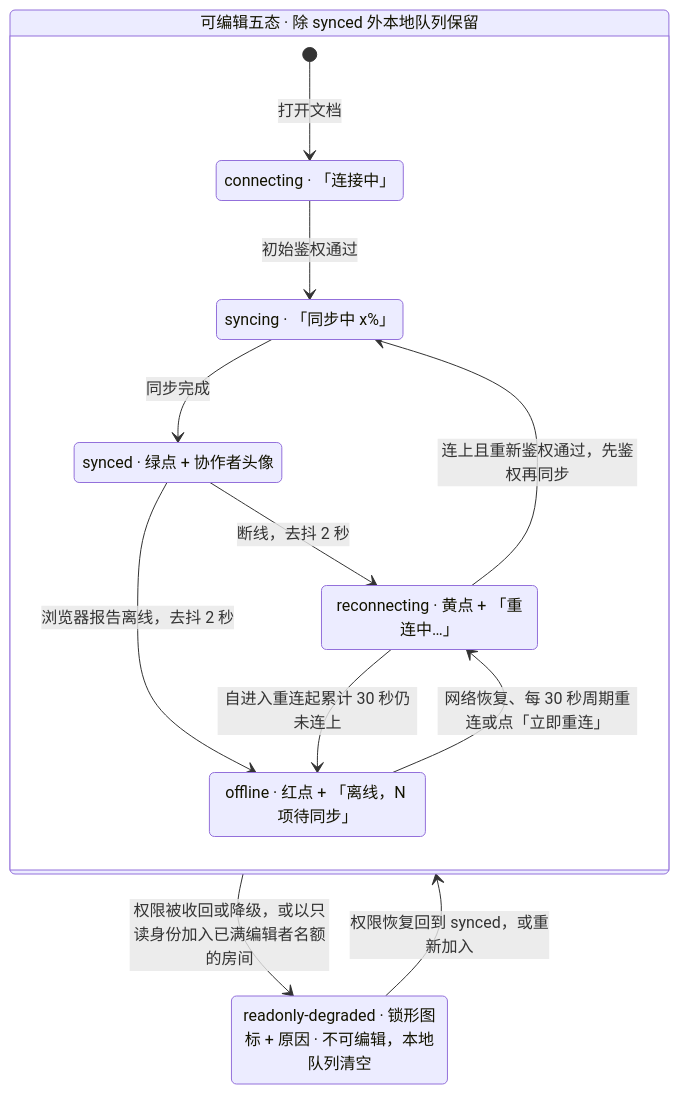
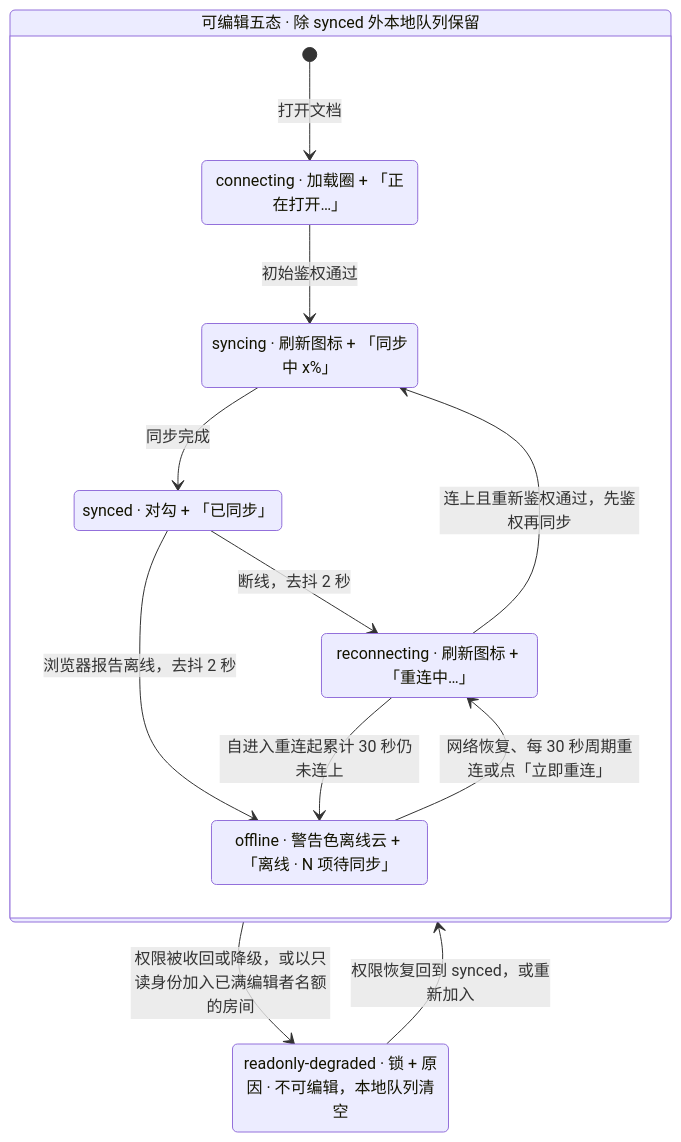
Before and after one commit to Xeonice/cordis-ppt-editor: the fifth of 6 diagrams in docs/20-design/05-collaboration-ux.md, drawn with Mermaid. The commit also changed other lines of this file and 44 other files, not shown here.

````diff
--- a/docs/20-design/05-collaboration-ux.md
+++ b/docs/20-design/05-collaboration-ux.md
@@ -198,21 +205,21 @@
 ```mermaid
 stateDiagram-v2
   state "可编辑五态 · 除 synced 外本地队列保留" as live {
-    state "connecting · 「连接中」" as connecting
-    state "syncing · 「同步中 x%」" as syncing
-    state "synced · 绿点 + 协作者头像" as synced
-    state "reconnecting · 黄点 + 「重连中…」" as reconnecting
-    state "offline · 红点 + 「离线，N 项待同步」" as offline
+    state "connecting · 加载圈 + 「正在打开…」" as connecting
+    state "syncing · 刷新图标 + 「同步中 x%」" as syncing
+    state "synced · 对勾 + 「已同步」" as synced
+    state "reconnecting · 刷新图标 + 「重连中…」" as reconnecting
+    state "offline · 警告色离线云 + 「离线 · N 项待同步」" as offline
     [*] --> connecting : 打开文档
     connecting --> syncing : 初始鉴权通过
     syncing --> synced : 同步完成
     synced --> reconnecting : 断线，去抖 2 秒
     synced --> offline : 浏览器报告离线，去抖 2 秒
     reconnecting --> syncing : 连上且重新鉴权通过，先鉴权再同步
     reconnecting --> offline : 自进入重连起累计 30 秒仍未连上
     offline --> reconnecting : 网络恢复、每 30 秒周期重连或点「立即重连」
   }
-  state "readonly-degraded · 锁形图标 + 原因 · 不可编辑，本地队列清空" as degraded
+  state "readonly-degraded · 锁 + 原因 · 不可编辑，本地队列清空" as degraded
   live --> degraded : 权限被收回或降级，或以只读身份加入已满编辑者名额的房间
   degraded --> live : 权限恢复回到 synced，或重新加入
 ```
````
